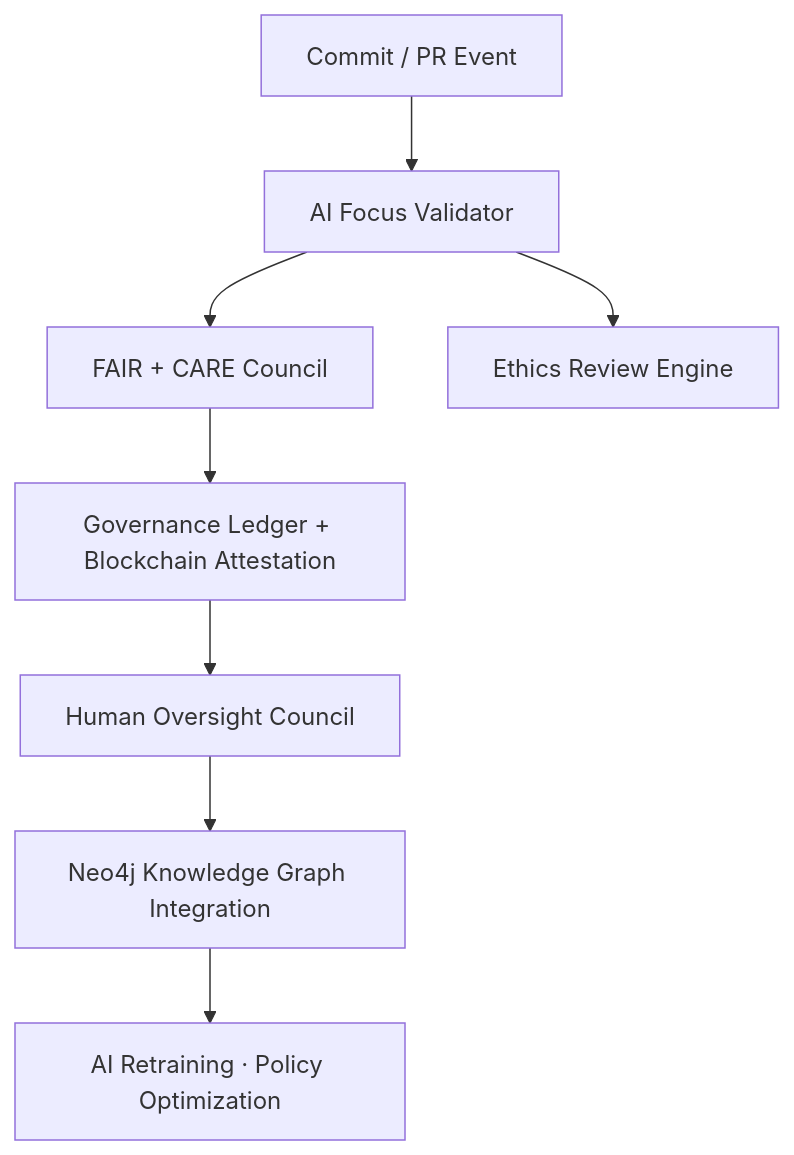
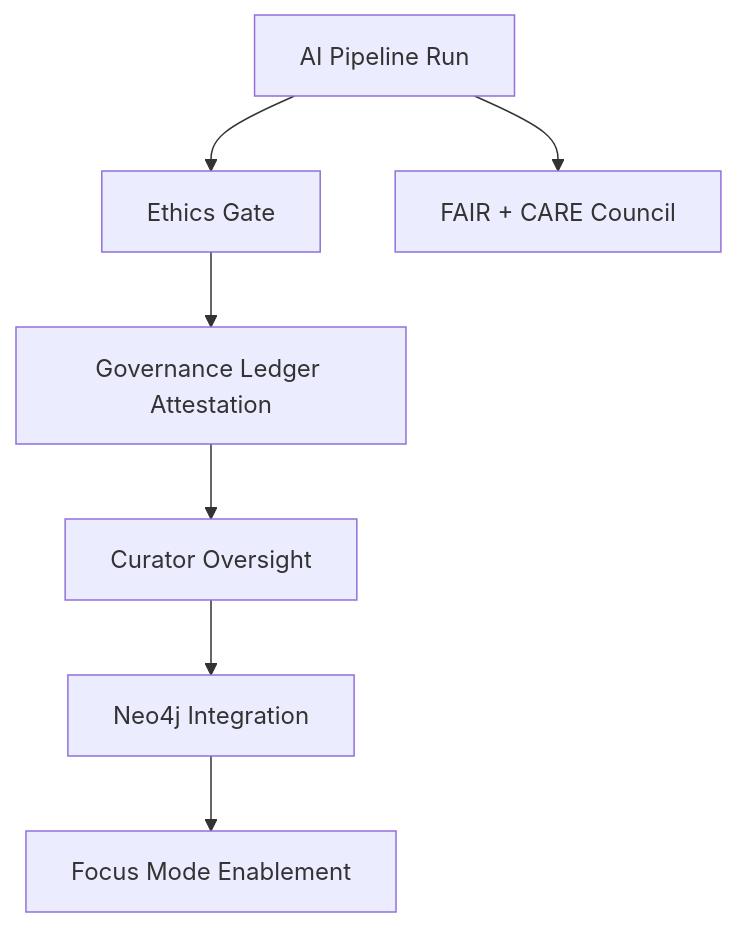
Before and after one commit to bartytime4life/Kansas-Frontier-Matrix: the diagram in README.md, drawn with Mermaid. The commit also changed other lines of this file, not shown here.

````diff
--- a/README.md
+++ b/README.md
@@ -74,10 +279,9 @@
 ```mermaid
 graph TD
-A[Commit / PR Event]-->B[AI Focus Validator]
-B-->C[FAIR + CARE Council]
-B-->D[Ethics Review Engine]
-C-->E[Governance Ledger + Blockchain Attestation]
-E-->F[Human Oversight Council]
-F-->G[Neo4j Knowledge Graph Integration]
-G-->H[AI Retraining · Policy Optimization]
+A[AI Pipeline Run]-->B[Ethics Gate]
+A-->C[FAIR + CARE Council]
+B-->D[Governance Ledger Attestation]
+D-->E[Curator Oversight]
+E-->F[Neo4j Integration]
+F-->G[Focus Mode Enablement]
 ```
````
